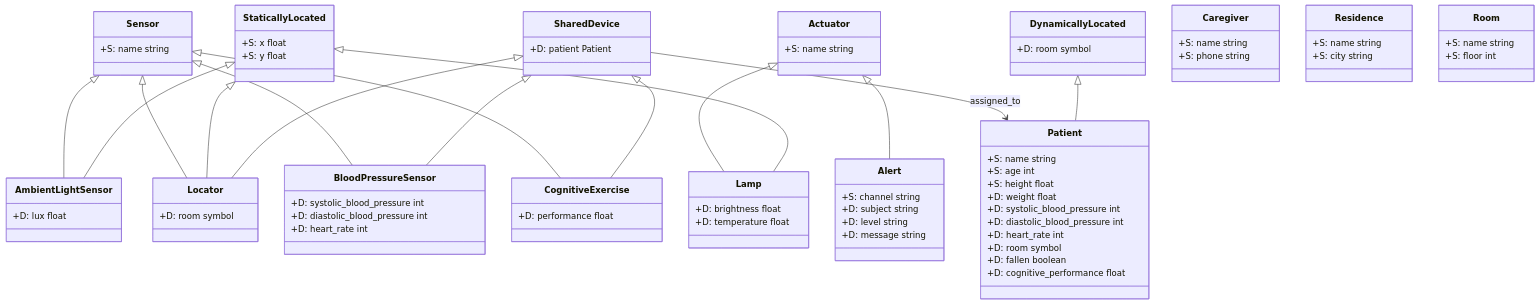
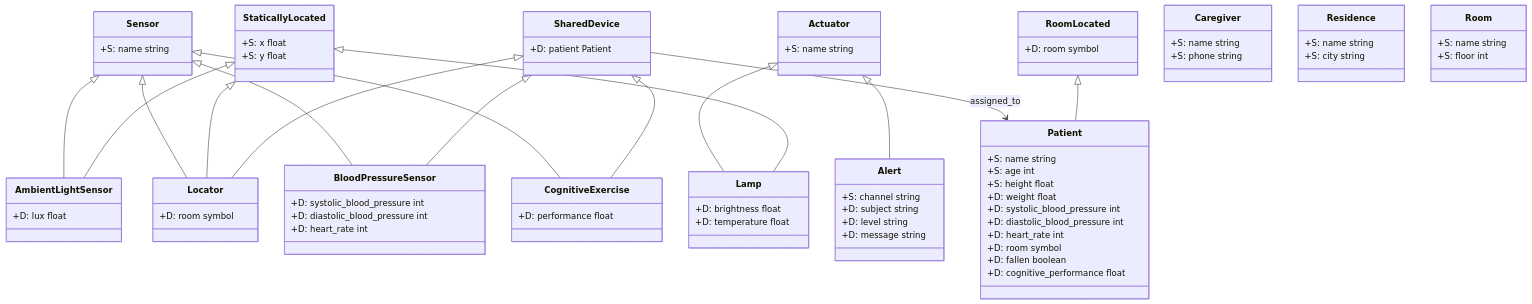
The diagram in classes/README.md (pstlab/ERMES), drawn with Mermaid before and after one commit. The commit also changed 5 other files, not shown here.

Commit message:
Refactor class structure: rename DynamicallyLocated to RoomLocated, update Patient and add RoomLocated and rPPG classes

````diff
--- a/classes/README.md
+++ b/classes/README.md
@@ -34,7 +34,7 @@
 		+S: y float
 	}
 
-	class DynamicallyLocated {
+	class RoomLocated {
 		+D: room symbol
 	}
 
@@ -104,5 +104,5 @@
 	SharedDevice <|-- CognitiveExercise
 	SharedDevice <|-- Locator
 
-    DynamicallyLocated <|-- Patient
+    RoomLocated <|-- Patient
 ```
````
